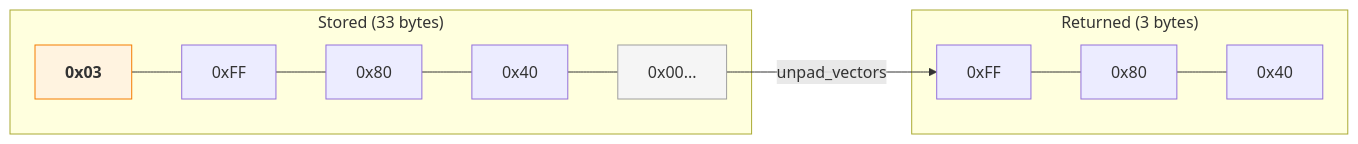
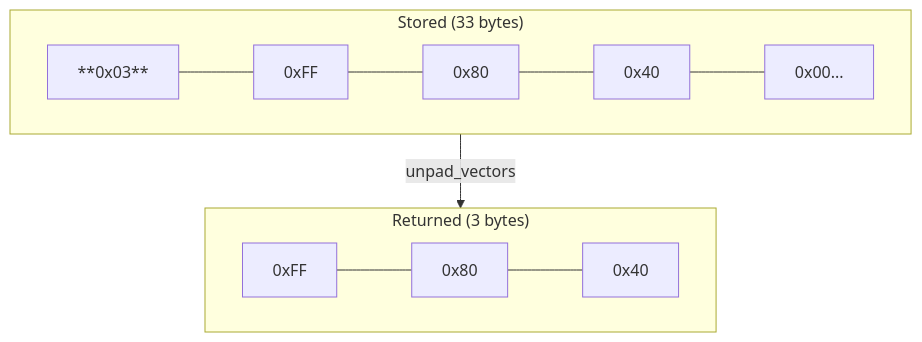
Before and after one commit to iscc/iscc-usearch: the second of 2 diagrams in docs/explanation/architecture.md, drawn with Mermaid. The commit also changed other lines of this file and 3 other files, not shown here.

First line of the commit message:
docs: remove inline color styles from Mermaid diagrams

````diff
--- a/docs/explanation/architecture.md
+++ b/docs/explanation/architecture.md
@@ -40,15 +38,14 @@
 ```mermaid
-graph LR
-    subgraph "Stored (33 bytes)"
-        S0["<b>0x03</b>"] --- S1["0xFF"] --- S2["0x80"] --- S3["0x40"] --- S4["0x00..."]
+flowchart TB
+    subgraph STO ["Stored (33 bytes)"]
+        direction LR
+        S0["**0x03**"] --- S1["0xFF"] --- S2["0x80"] --- S3["0x40"] --- S4["0x00..."]
     end
 
-    subgraph "Returned (3 bytes)"
+    subgraph RET ["Returned (3 bytes)"]
+        direction LR
         O1["0xFF"] --- O2["0x80"] --- O3["0x40"]
     end
 
-    S4 -->|unpad_vectors| O1
-
-    style S0 fill:#fff3e0,stroke:#f57c00
-    style S4 fill:#f5f5f5,stroke:#9e9e9e
+    STO -->|unpad_vectors| RET
 ```
````
